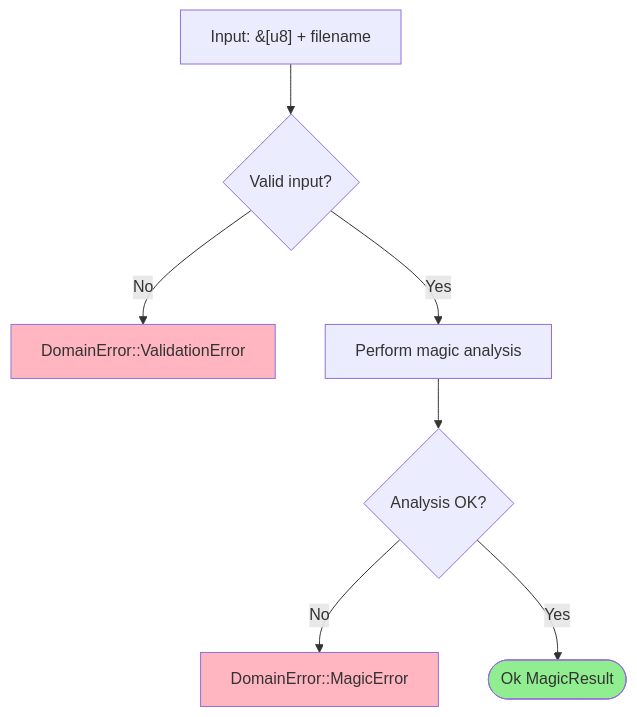
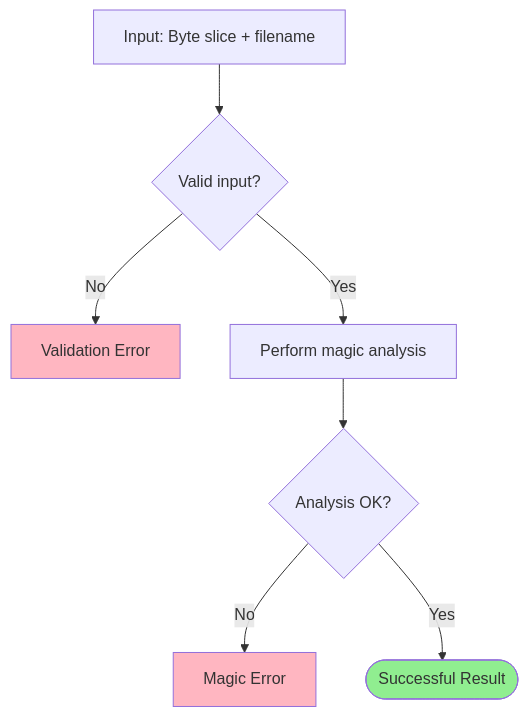
One commit to photom/magicer changed the second of 5 diagrams in docs/reference/domain/magic_repository.md. Above: the diagram before and after it, drawn with Mermaid. The commit also changed other lines of this file and 4 other files, not shown here.

````diff
--- a/docs/reference/domain/magic_repository.md
+++ b/docs/reference/domain/magic_repository.md
@@ -63,13 +63,13 @@
 ```mermaid
 flowchart TD
-    Input["Input: &[u8] + filename"] --> Validate{Valid input?}
-    Validate -->|No| ErrValidation[DomainError::ValidationError]
+    Input["Input: Byte slice + filename"] --> Validate{Valid input?}
+    Validate -->|No| ErrValidation[Validation Error]
     Validate -->|Yes| Analyze[Perform magic analysis]
     Analyze --> Success{Analysis OK?}
-    Success -->|No| ErrMagic[DomainError::MagicError]
-    Success -->|Yes| Result([Ok MagicResult])
+    Success -->|No| ErrMagic[Magic Error]
+    Success -->|Yes| Result([Successful Result])
     
     style Result fill:#90EE90
     style ErrValidation fill:#FFB6C1
     style ErrMagic fill:#FFB6C1
 ```
````
